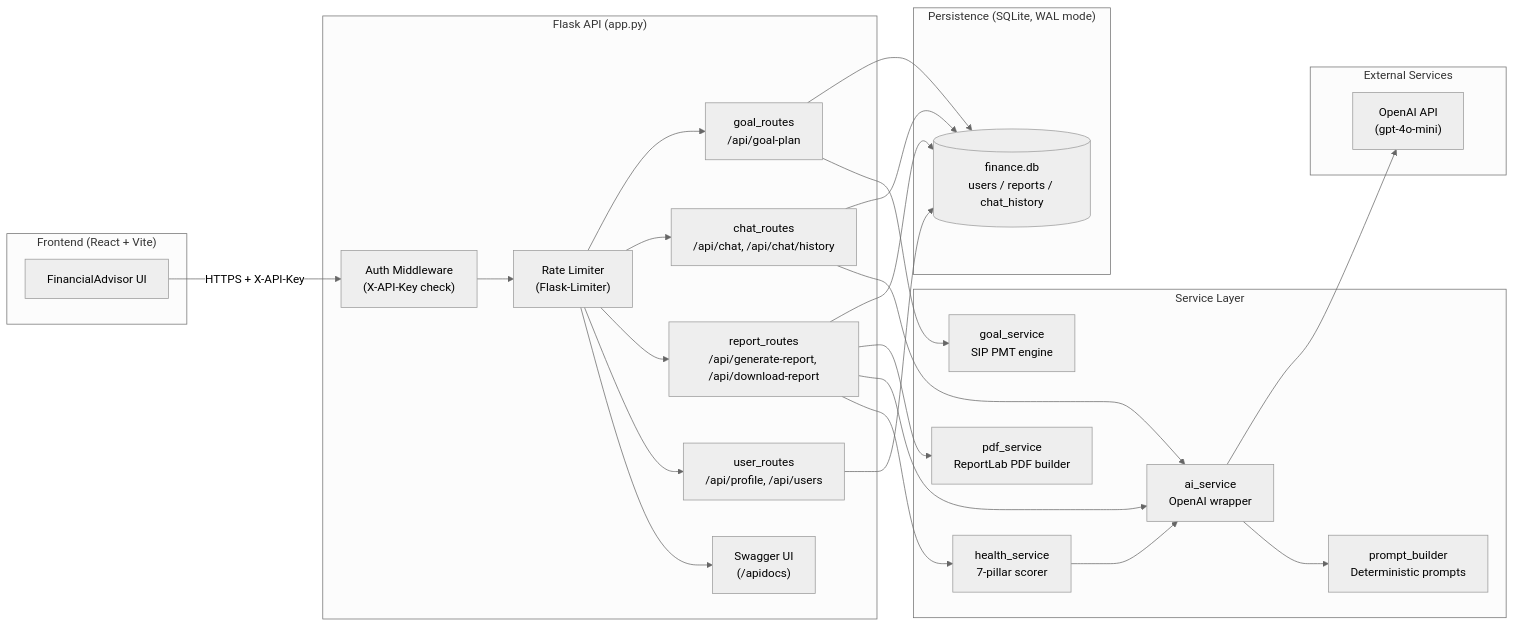
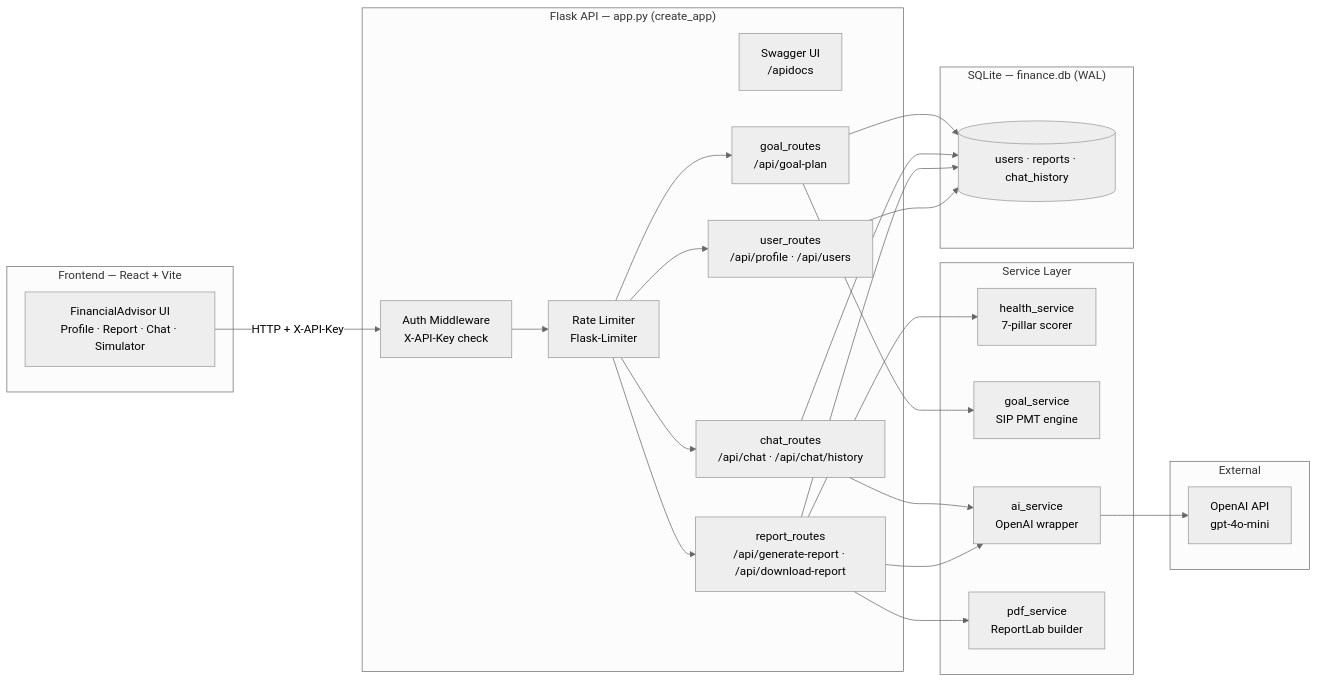
Before and after one commit to ShantanuGarg2004/FinPilot: the first of 2 diagrams in README.md, drawn with Mermaid (neutral theme). The commit also changed other lines of this file and 21 other files, not shown here.

````diff
--- a/README.md
+++ b/README.md
@@ -37,53 +84,41 @@
 ```mermaid
 flowchart LR
-    subgraph CLIENT["Frontend (React + Vite)"]
-        UI["FinancialAdvisor UI"]
+    subgraph CLIENT["Frontend — React + Vite"]
+        UI["FinancialAdvisor UI<br/>Profile · Report · Chat · Simulator"]
     end
 
-    subgraph API["Flask API (app.py)"]
-        MW["Auth Middleware\n(X-API-Key check)"]
-        RL["Rate Limiter\n(Flask-Limiter)"]
-        SW["Swagger UI\n(/apidocs)"]
-        UB["user_routes\n/api/profile, /api/users"]
-        RB["report_routes\n/api/generate-report, /api/download-report"]
-        CB["chat_routes\n/api/chat, /api/chat/history"]
-        GB["goal_routes\n/api/goal-plan"]
+    subgraph API["Flask API — app.py (create_app)"]
+        MW["Auth Middleware<br/>X-API-Key check"]
+        RL["Rate Limiter<br/>Flask-Limiter"]
+        SW["Swagger UI<br/>/apidocs"]
+        UB["user_routes<br/>/api/profile · /api/users"]
+        RB["report_routes<br/>/api/generate-report · /api/download-report"]
+        CB["chat_routes<br/>/api/chat · /api/chat/history"]
+        GB["goal_routes<br/>/api/goal-plan"]
     end
 
     subgraph SERVICES["Service Layer"]
-        HS["health_service\n7-pillar scorer"]
-        GS["goal_service\nSIP PMT engine"]
-        AS["ai_service\nOpenAI wrapper"]
-        PS["pdf_service\nReportLab PDF builder"]
-        PB["prompt_builder\nDeterministic prompts"]
+        HS["health_service<br/>7-pillar scorer"]
+        GS["goal_service<br/>SIP PMT engine"]
+        AS["ai_service<br/>OpenAI wrapper"]
+        PS["pdf_service<br/>ReportLab builder"]
     end
 
-    subgraph EXTERNAL["External Services"]
-        OAI["OpenAI API\n(gpt-4o-mini)"]
+    subgraph EXTERNAL["External"]
+        OAI["OpenAI API<br/>gpt-4o-mini"]
     end
 
-    subgraph DATA["Persistence (SQLite, WAL mode)"]
-        DB[("finance.db\nusers / reports / chat_history")]
+    subgraph DATA["SQLite — finance.db (WAL)"]
+        DB[("users · reports · chat_history")]
     end
 
-    UI -- "HTTPS + X-API-Key" --> MW
-    MW --> RL --> SW
-    RL --> UB
-    RL --> RB
-    RL --> CB
-    RL --> GB
+    UI -- "HTTP + X-API-Key" --> MW
+    MW --> RL
+    RL --> UB & RB & CB & GB
 
     UB --> DB
-    RB --> HS
-    RB --> AS
-    RB --> PS
-    RB --> DB
-    CB --> AS
-    CB --> DB
-    GB --> GS
-    GB --> DB
-
-    AS --> PB
+    RB --> HS & AS & PS & DB
+    CB --> AS & DB
+    GB --> GS & DB
     AS --> OAI
-    HS --> AS
 ```
````
